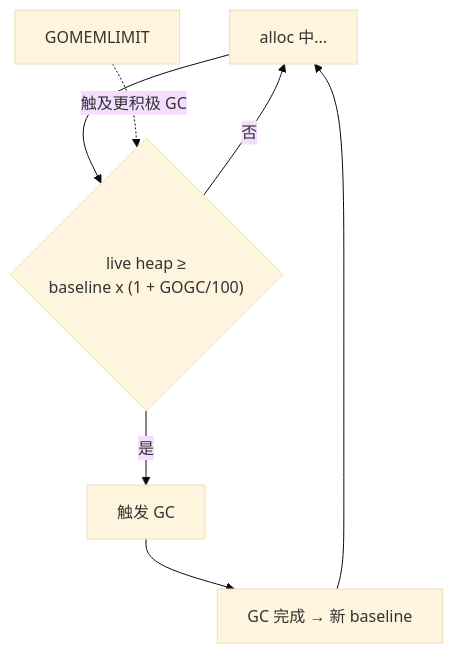
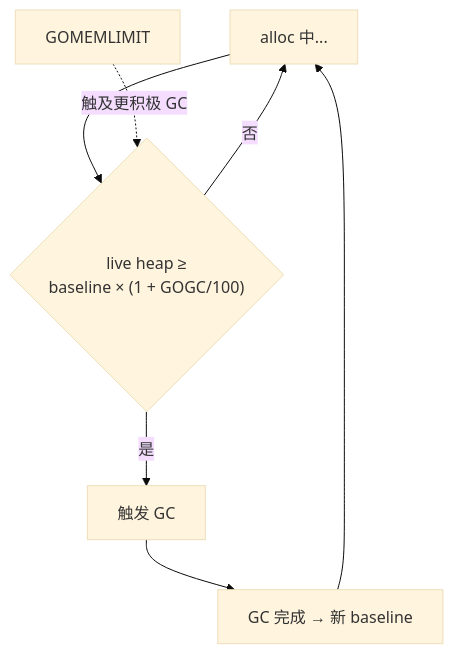
One commit to ml-cuizijun/LearnToLilith changed the fourth of 5 diagrams in 05-开发能力/03-Go/11-GC内存与逃逸分析/知识点.md. Above: the diagram before and after it, drawn with Mermaid (base theme). The commit also changed other lines of this file and 178 other files, not shown here.

````diff
--- a/05-开发能力/03-Go/11-GC内存与逃逸分析/知识点.md
+++ b/05-开发能力/03-Go/11-GC内存与逃逸分析/知识点.md
@@ -371,9 +373,9 @@
 ```mermaid
 flowchart TB
-    A["alloc 中..."] --> B{"live heap ≥<br/>baseline x (1 + GOGC/100)"}
+    A["alloc 中..."] --> B{"live heap ≥<br/>baseline × (1 + GOGC/100)"}
     B -->|是| C["触发 GC"]
     B -->|否| A
     C --> D["GC 完成 → 新 baseline"]
     D --> A
     E["GOMEMLIMIT"] -.->|触及更积极 GC| B
 ```
````
